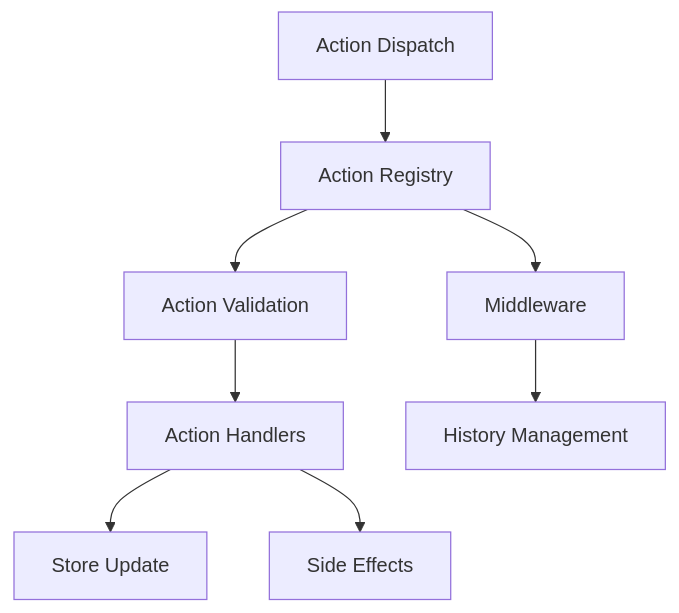
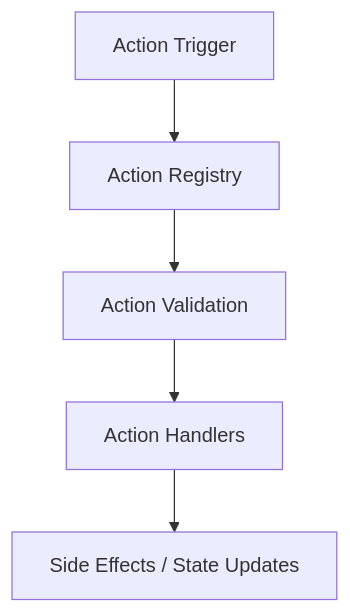
One commit to yannloosli/karmyc changed the diagram in docs/architecture/actions.md. Above: the diagram before and after it, drawn with Mermaid. The commit also changed other lines of this file and 103 other files, not shown here.

````diff
--- a/docs/architecture/actions.md
+++ b/docs/architecture/actions.md
@@ -9,10 +9,7 @@
 ```mermaid
 graph TD
-    A[Action Dispatch] --> B[Action Registry]
+    A[Action Trigger] --> B[Action Registry]
     B --> C[Action Validation]
     C --> D[Action Handlers]
-    D --> E[Store Update]
-    D --> F[Side Effects]
-    B --> G[Middleware]
-    G --> H[History Management]
+    D --> E[Side Effects / State Updates]
 ```
````
